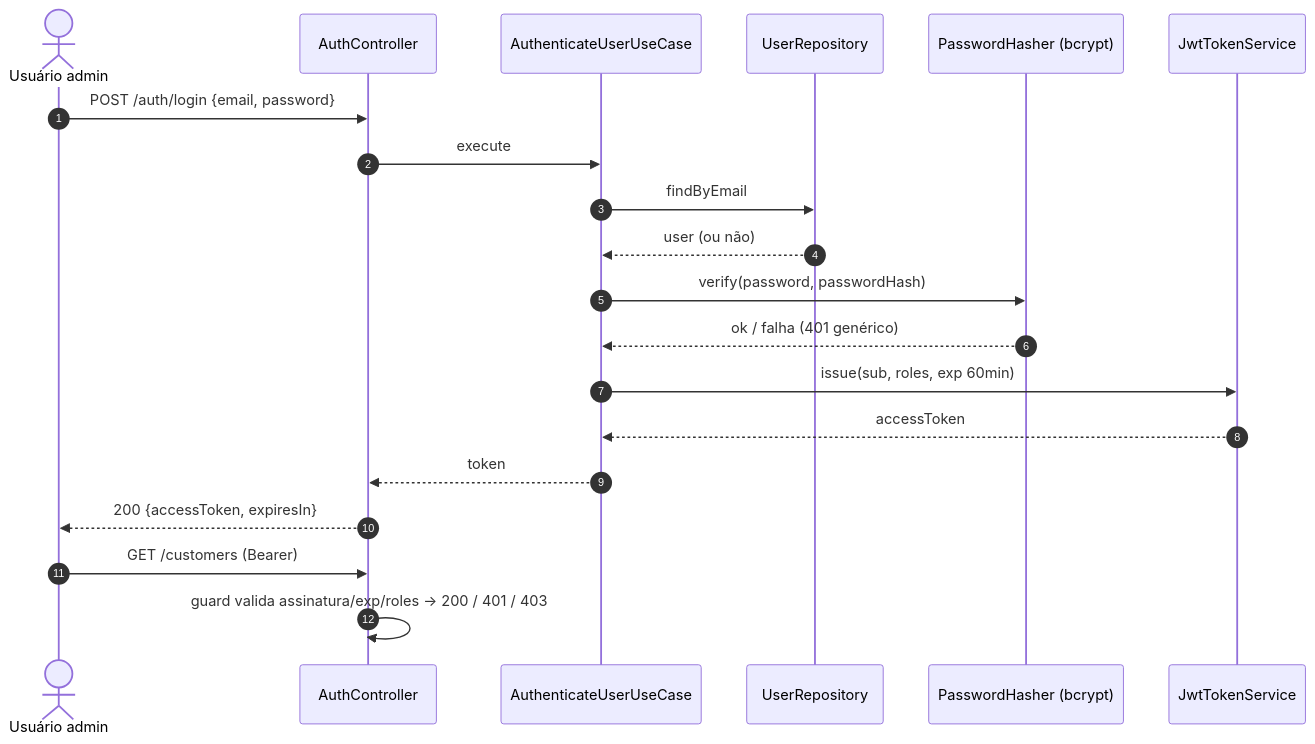
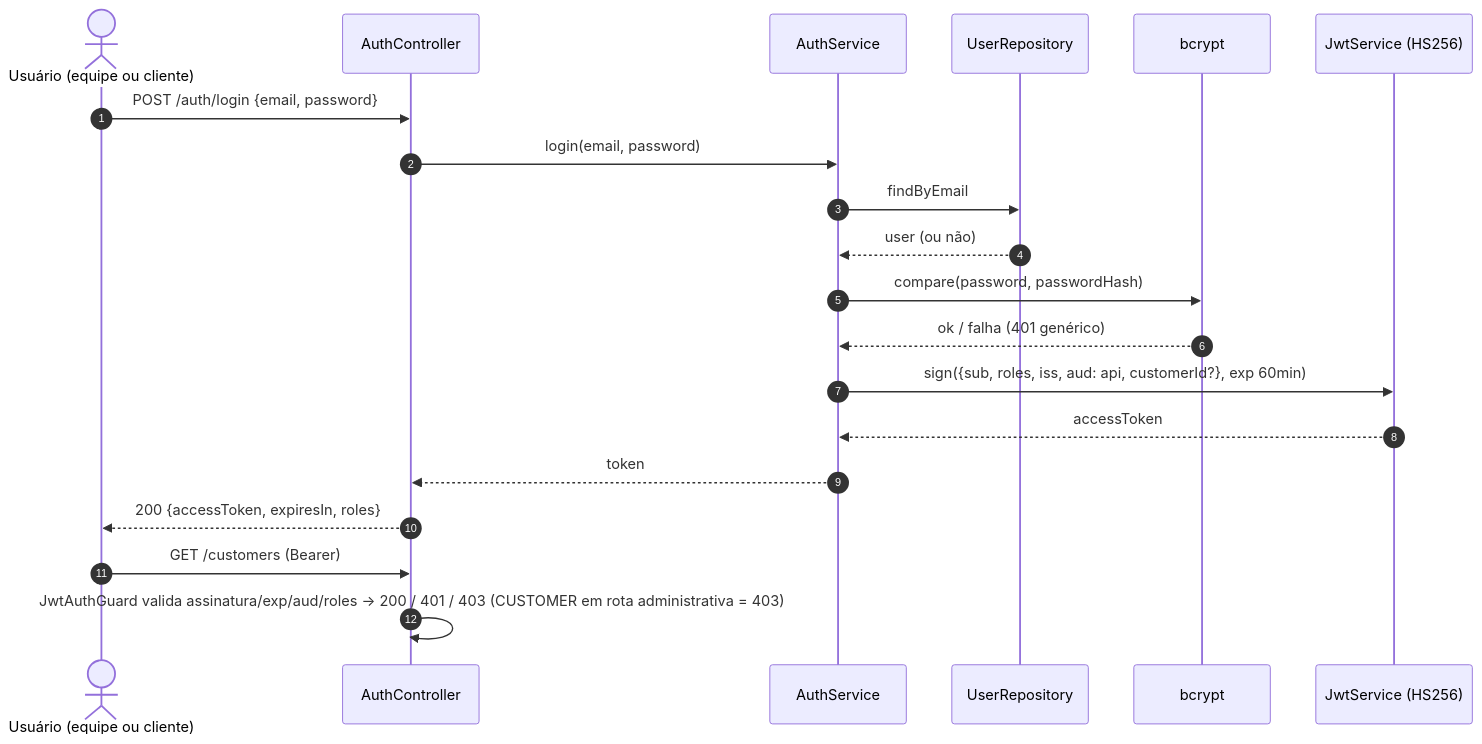
One commit to HermandoThiago/FIAP-SOAT changed the fifth of 6 diagrams in docs/04-arquitetura/fluxos.md. Above: the diagram before and after it, drawn with Mermaid. The commit also changed other lines of this file and 57 other files, not shown here.

````diff
--- a/docs/04-arquitetura/fluxos.md
+++ b/docs/04-arquitetura/fluxos.md
@@ -123,22 +142,22 @@
 ```mermaid
 sequenceDiagram
     autonumber
-    actor U as Usuário admin
+    actor U as Usuário (equipe ou cliente)
     participant API as AuthController
-    participant AUT as AuthenticateUserUseCase
+    participant AUT as AuthService
     participant REP as UserRepository
-    participant H as PasswordHasher (bcrypt)
-    participant J as JwtTokenService
+    participant H as bcrypt
+    participant J as JwtService (HS256)
     U->>API: POST /auth/login {email, password}
-    API->>AUT: execute
+    API->>AUT: login(email, password)
     AUT->>REP: findByEmail
     REP-->>AUT: user (ou não)
-    AUT->>H: verify(password, passwordHash)
+    AUT->>H: compare(password, passwordHash)
     H-->>AUT: ok / falha (401 genérico)
-    AUT->>J: issue(sub, roles, exp 60min)
+    AUT->>J: sign({sub, roles, iss, aud: api, customerId?}, exp 60min)
     J-->>AUT: accessToken
     AUT-->>API: token
-    API-->>U: 200 {accessToken, expiresIn}
+    API-->>U: 200 {accessToken, expiresIn, roles}
     U->>API: GET /customers (Bearer)
-    API->>API: guard valida assinatura/exp/roles → 200 / 401 / 403
+    API->>API: JwtAuthGuard valida assinatura/exp/aud/roles → 200 / 401 / 403 (CUSTOMER em rota administrativa = 403)
 ```
````
